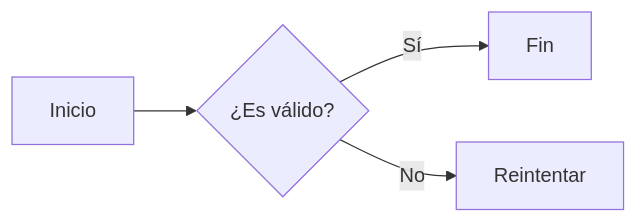
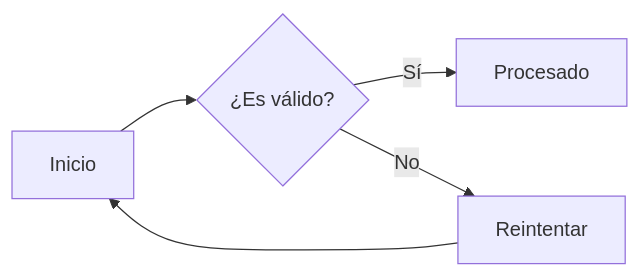
Before and after one commit to MiguelP-Dev/miguelp-dev.github.io: the first of 10 diagrams in _pages/technologies/mermaid.md, drawn with Mermaid. The commit also changed other lines of this file and 10 other files, not shown here.

Commit message:
feat: añade previsualizacion de diagramas mermaid y sus estilos respectivos

````diff
--- a/_pages/technologies/mermaid.md
+++ b/_pages/technologies/mermaid.md
@@ -79,6 +92,7 @@
 ```mermaid
 flowchart LR
   A[Inicio] --> B{¿Es válido?}
-  B -->|Sí| C[Fin]
+  B -->|Sí| C[Procesado]
   B -->|No| D[Reintentar]
+  D --> A
 ```
````
